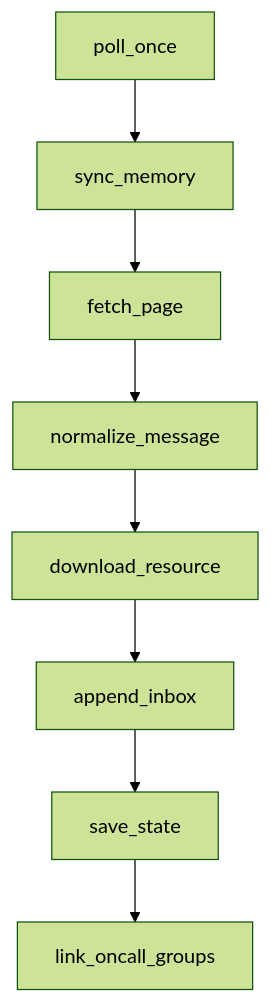
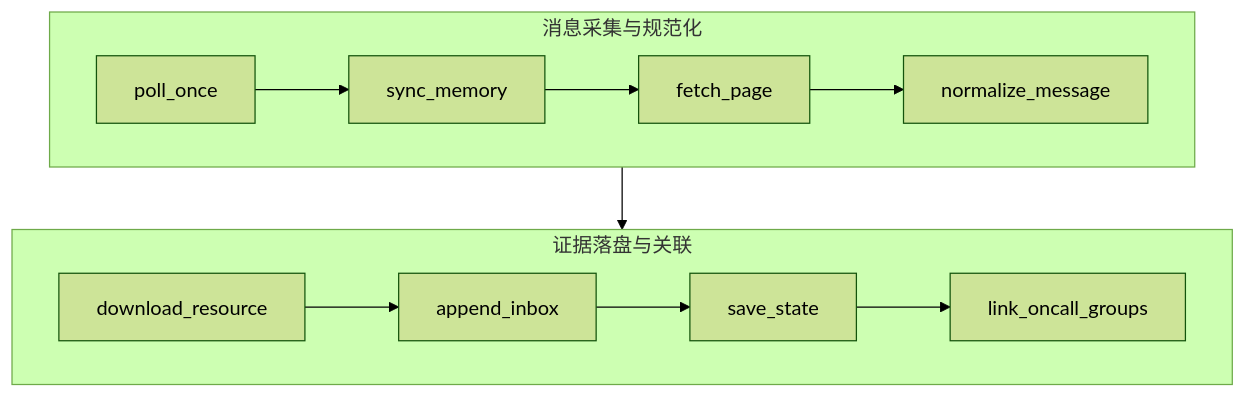
Before and after one commit to 9dianbiqi/9dianbiqi.github.io: the third of 4 diagrams in src/content/blog/feishu-operations-cli-architecture.md, drawn with Mermaid (forest theme).

Commit message:
content: refine Feishu polling diagram layout

````diff
--- a/src/content/blog/feishu-operations-cli-architecture.md
+++ b/src/content/blog/feishu-operations-cli-architecture.md
@@ -103,10 +103,18 @@
 ```mermaid
-flowchart TD
-  poll["poll_once"] --> memory["sync_memory"]
-  memory --> fetch["fetch_page"]
-  fetch --> normalize["normalize_message"]
-  normalize --> download["download_resource"]
-  download --> inbox["append_inbox"]
-  inbox --> state["save_state"]
-  state --> groups["link_oncall_groups"]
+flowchart TB
+  subgraph collect["消息采集与规范化"]
+    direction LR
+    poll["poll_once"] --> memory["sync_memory"]
+    memory --> fetch["fetch_page"]
+    fetch --> normalize["normalize_message"]
+  end
+
+  subgraph persist["证据落盘与关联"]
+    direction LR
+    download["download_resource"] --> inbox["append_inbox"]
+    inbox --> state["save_state"]
+    state --> groups["link_oncall_groups"]
+  end
+
+  normalize --> download
 ```
````
